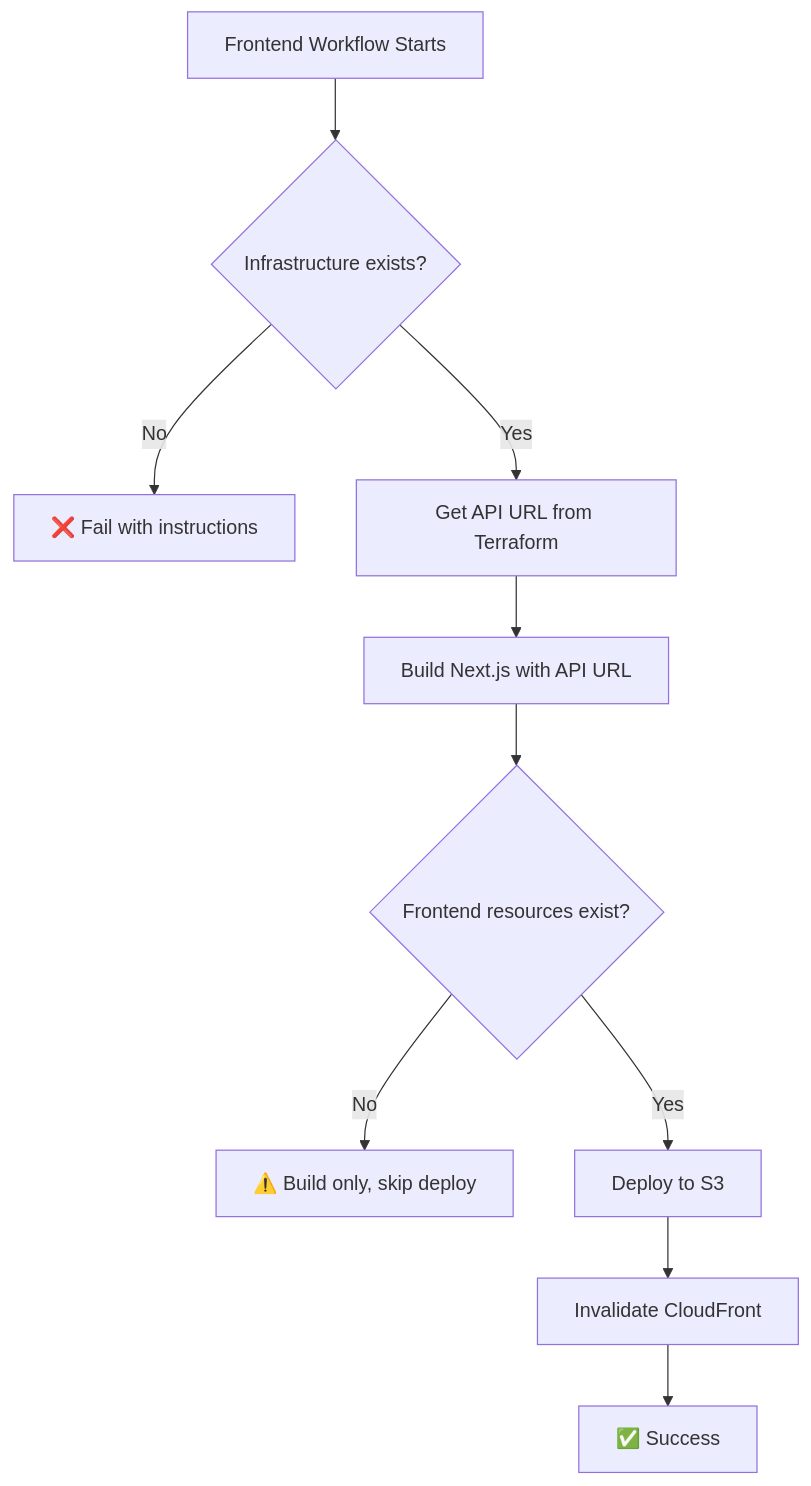
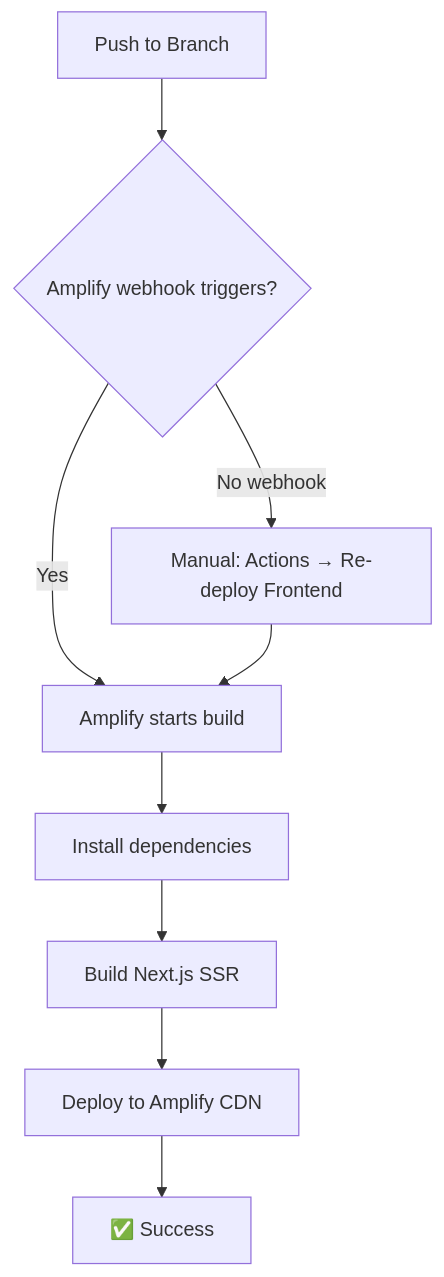
One commit to cristofima/AWS-AutoML-Lite changed the diagram in .github/SETUP_CICD.md. Above: the diagram before and after it, drawn with Mermaid. The commit also changed other lines of this file and 1 other file, not shown here.

First line of the commit message:
docs: update CI/CD setup guide with Amplify deployment details

````diff
--- a/.github/SETUP_CICD.md
+++ b/.github/SETUP_CICD.md
@@ -446,12 +569,11 @@
 ```mermaid
 graph TD
-    A[Frontend Workflow Starts] --> B{Infrastructure exists?}
-    B -->|No| C[❌ Fail with instructions]
-    B -->|Yes| D[Get API URL from Terraform]
-    D --> E[Build Next.js with API URL]
-    E --> F{Frontend resources exist?}
-    F -->|No| G[⚠️ Build only, skip deploy]
-    F -->|Yes| H[Deploy to S3]
-    H --> I[Invalidate CloudFront]
-    I --> J[✅ Success]
+    A[Push to Branch] --> B{Amplify webhook triggers?}
+    B -->|Yes| C[Amplify starts build]
+    C --> D[Install dependencies]
+    D --> E[Build Next.js SSR]
+    E --> F[Deploy to Amplify CDN]
+    F --> G[✅ Success]
+    B -->|No webhook| H[Manual: Actions → Re-deploy Frontend]
+    H --> C
 ```
````
